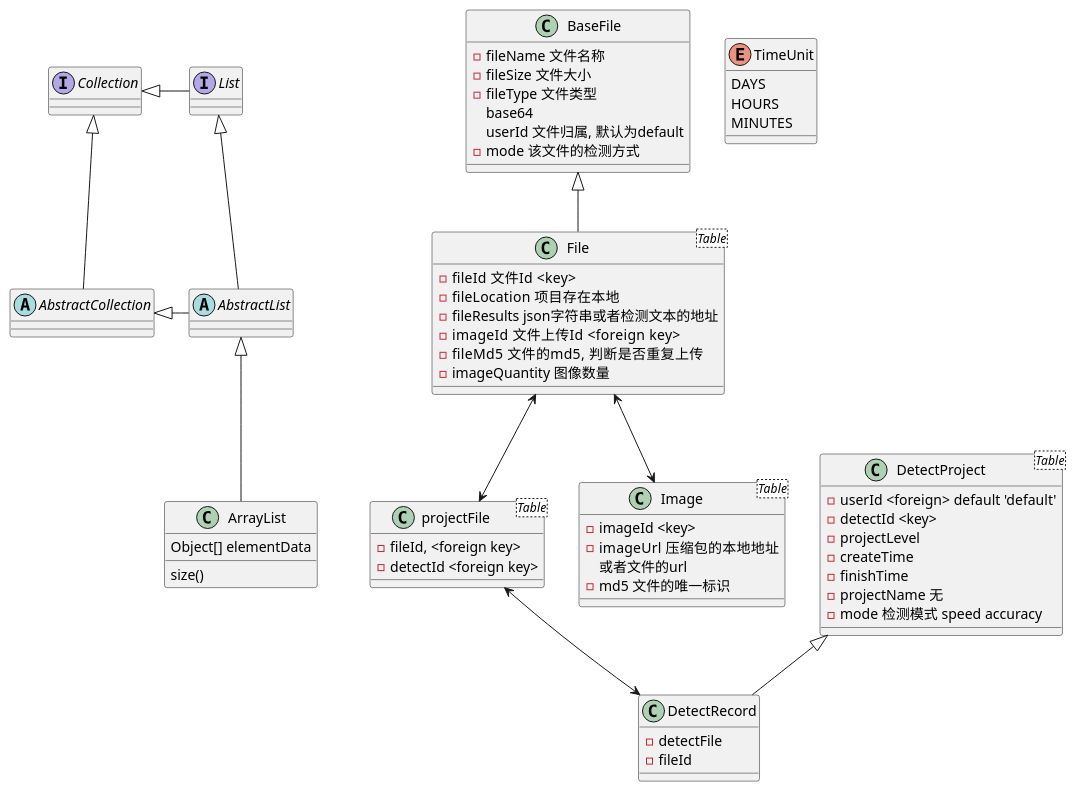
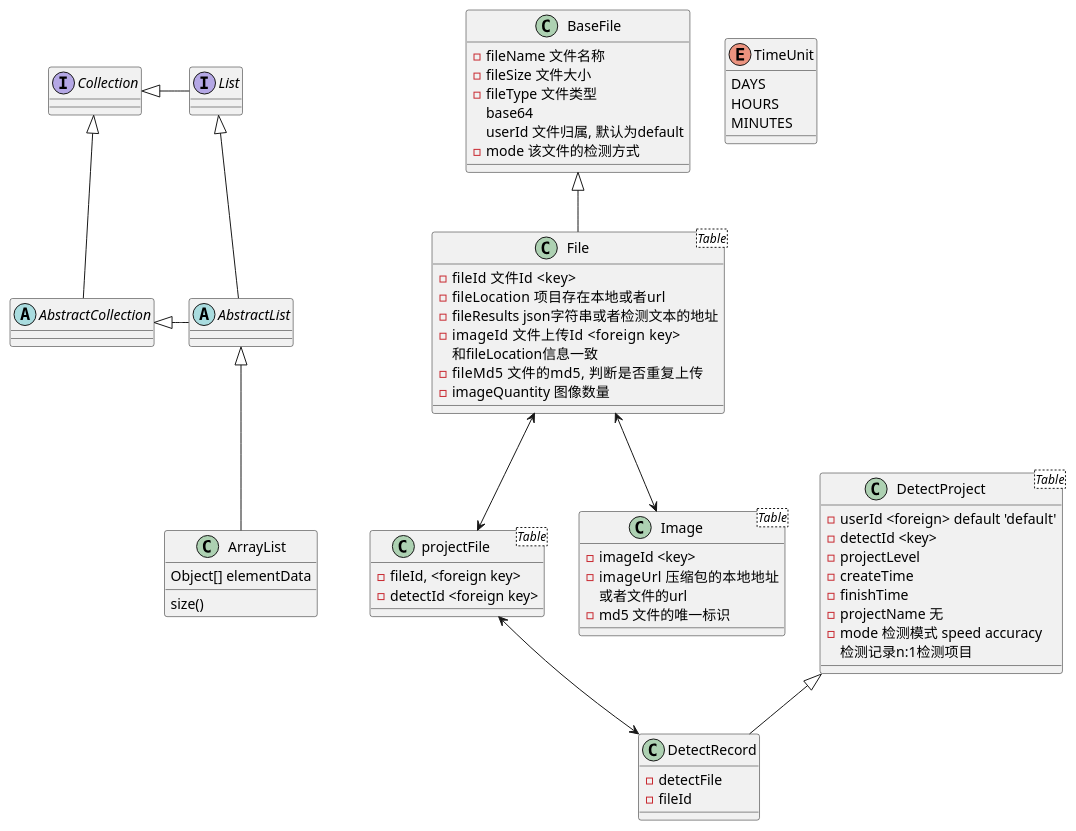
The diagram in desgin/src/main/java/com/coder/common/uml/DetectRecord.puml (201983290498/DeepFake), drawn with PlantUML before and after one commit. The commit also changed 6 other files, not shown here.

```diff
--- a/desgin/src/main/java/com/coder/common/uml/DetectRecord.puml
+++ b/desgin/src/main/java/com/coder/common/uml/DetectRecord.puml
@@ -1,70 +1,72 @@
 @startuml
 'https://plantuml.com/class-diagram
 
 abstract class AbstractList
 abstract AbstractCollection
 interface List
 interface Collection
 
 List <|-- AbstractList
 Collection <|-- AbstractCollection
 
 Collection <|- List
 AbstractCollection <|- AbstractList
 AbstractList <|-- ArrayList
 
 BaseFile <|-- File
 DetectProject <|-- DetectRecord
 projectFile <--> DetectRecord
 File <--> projectFile
 File <--> Image
 class ArrayList {
 Object[] elementData
 size()
 }
 
 enum TimeUnit {
 DAYS
 HOURS
 MINUTES
 }
-class DetectProject<Table> {
+class DetectProject<Table>{
 -userId <foreign> default 'default'
 -detectId <key>
 -projectLevel
 -createTime
 -finishTime
 -projectName 无
 -mode 检测模式 speed accuracy
+检测记录n:1检测项目
 }
 class DetectRecord{
 -detectFile
 -fileId
 }
 class BaseFile{
 -fileName 文件名称
 -fileSize 文件大小
 -fileType 文件类型
 base64
 userId 文件归属, 默认为default
 -mode 该文件的检测方式
 }
 class File<Table>{
 -fileId  文件Id <key>
--fileLocation  项目存在本地
+-fileLocation  项目存在本地或者url
 -fileResults json字符串或者检测文本的地址
 -imageId   文件上传Id <foreign key>
+ 和fileLocation信息一致
 -fileMd5   文件的md5, 判断是否重复上传
 -imageQuantity 图像数量
 }
 class projectFile<Table>{
 -fileId, <foreign key>
 -detectId <foreign key>
 }
 class Image<Table> {
 -imageId <key>
 -imageUrl  压缩包的本地地址
 或者文件的url
 -md5 文件的唯一标识
 }
 @enduml
```
